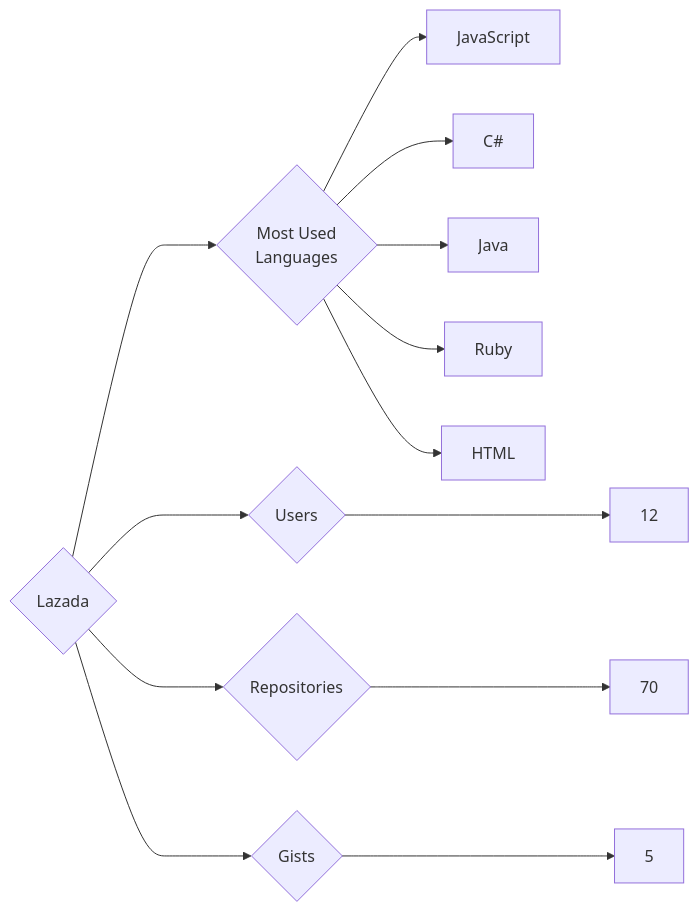
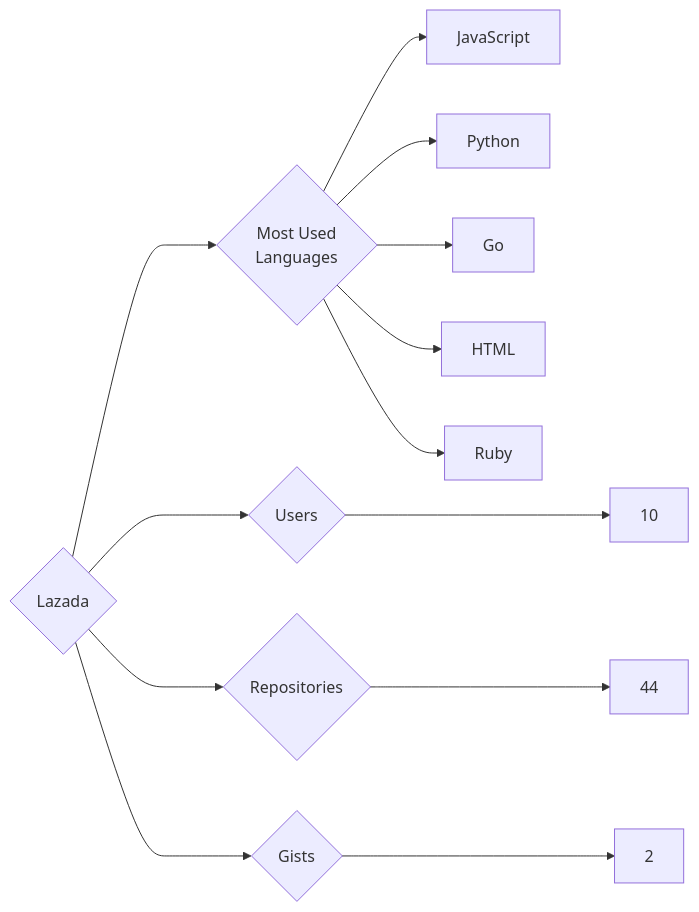
Before and after one commit to trickest/insiders: the diagram in targets/Lazada/README.md, drawn with Mermaid. The commit also changed 622 other files, not shown here.

````diff
--- a/targets/Lazada/README.md
+++ b/targets/Lazada/README.md
@@ -3,13 +3,13 @@
 ```mermaid
 graph LR
 COMPANY_NAME{Lazada}
-COMPANY_NAME ---> U{Users} ---> UN[12]
-COMPANY_NAME ---> R{Repositories} ---> RN[70]
-COMPANY_NAME ---> G{Gists} ---> GN[5]
+COMPANY_NAME ---> U{Users} ---> UN[10]
+COMPANY_NAME ---> R{Repositories} ---> RN[44]
+COMPANY_NAME ---> G{Gists} ---> GN[2]
 COMPANY_NAME ---> ML{Most Used<br>Languages}
 ML --> JavaScript[JavaScript]
-ML --> C#[C#]
-ML --> Java[Java]
+ML --> Python[Python]
+ML --> Go[Go]
+ML --> HTML[HTML]
 ML --> Ruby[Ruby]
-ML --> HTML[HTML]
 ```
````
